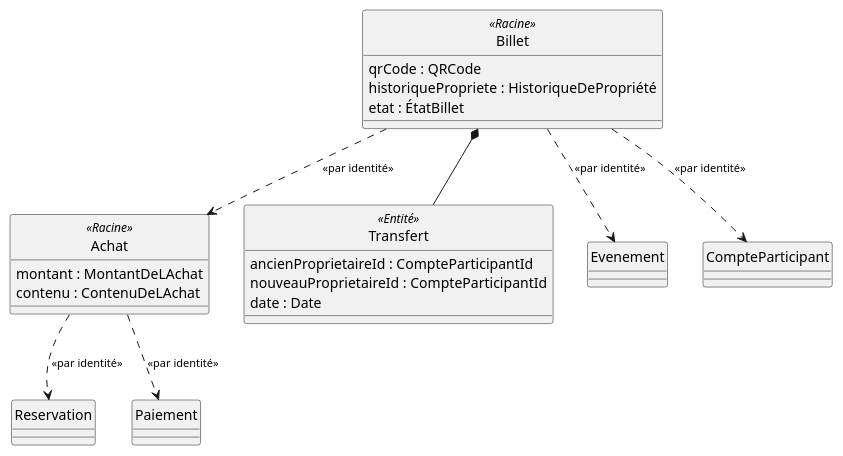
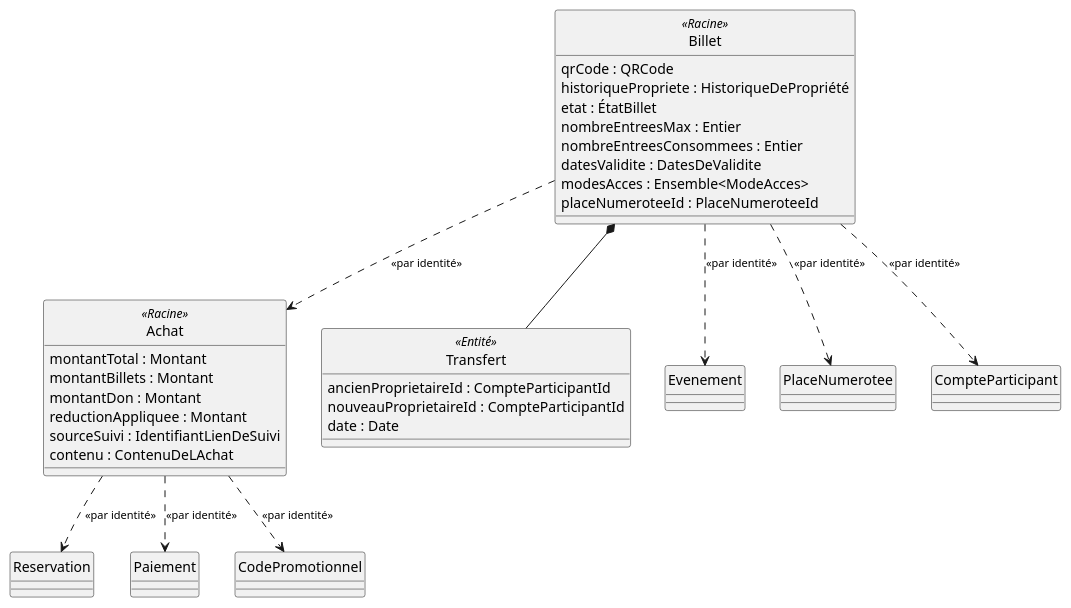
One commit to SamuHabra/eventix-documentation changed the fifth of 10 diagrams in docs/06-modelisation-uml/diagrammes-de-classes.md. Above: the diagram before and after it, drawn with PlantUML. The commit also changed other lines of this file and 67 other files, not shown here.

````diff
--- a/docs/06-modelisation-uml/diagrammes-de-classes.md
+++ b/docs/06-modelisation-uml/diagrammes-de-classes.md
@@ -342,29 +372,40 @@
 ```plantuml
 @startuml classes-ticketing
 hide circle
 skinparam classAttributeIconSize 0
 skinparam ArrowFontSize 11
 
 class Achat <<Racine>> {
-  montant : MontantDeLAchat
+  montantTotal : Montant
+  montantBillets : Montant
+  montantDon : Montant
+  reductionAppliquee : Montant
+  sourceSuivi : IdentifiantLienDeSuivi
   contenu : ContenuDeLAchat
 }
 class Billet <<Racine>> {
   qrCode : QRCode
   historiquePropriete : HistoriqueDePropriété
   etat : ÉtatBillet
+  nombreEntreesMax : Entier
+  nombreEntreesConsommees : Entier
+  datesValidite : DatesDeValidite
+  modesAcces : Ensemble<ModeAcces>
+  placeNumeroteeId : PlaceNumeroteeId
 }
 class Transfert <<Entité>> {
   ancienProprietaireId : CompteParticipantId
   nouveauProprietaireId : CompteParticipantId
   date : Date
 }
 
 Billet *-- Transfert
 Achat ..> Reservation : <<par identité>>
 Achat ..> Paiement : <<par identité>>
+Achat ..> CodePromotionnel : <<par identité>>
 Billet ..> Evenement : <<par identité>>
 Billet ..> Achat : <<par identité>>
+Billet ..> PlaceNumerotee : <<par identité>>
 Billet ..> CompteParticipant : <<par identité>>
 @enduml
 ```
````
